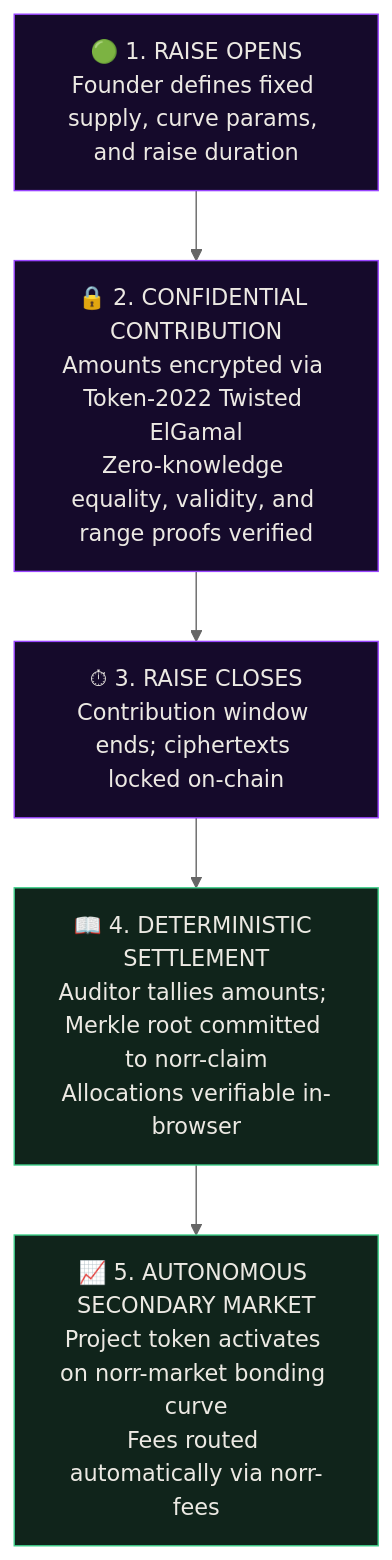
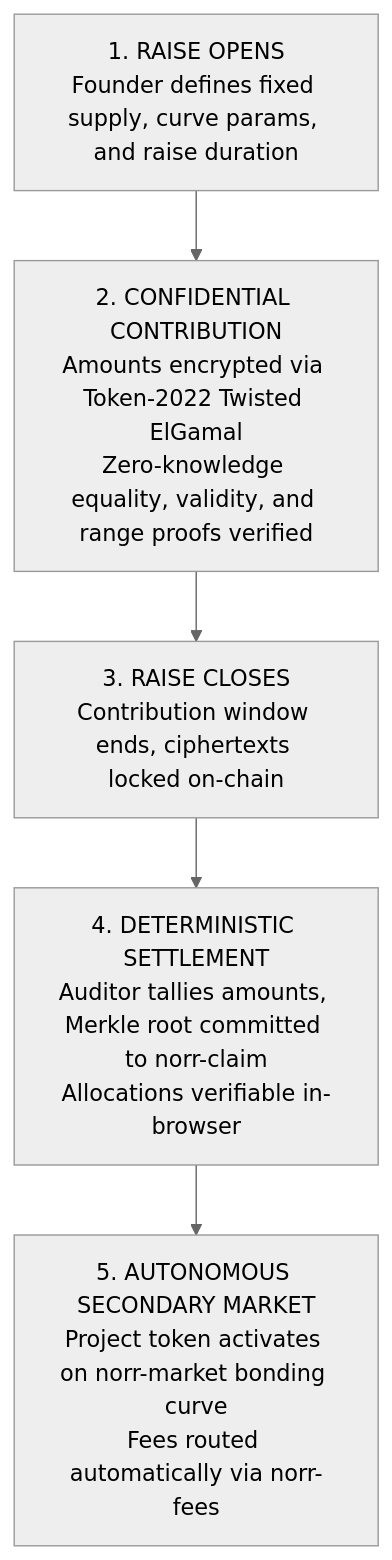
The first of 2 diagrams in README.md (ShrikarT/norr), drawn with Mermaid (neutral theme) before and after one commit. The commit also changed other lines of this file and 1 other file, not shown here.

Commit message:
fix(docs): fix Mermaid diagram syntax in README and architecture docs for GitHub rendering

````diff
--- a/README.md
+++ b/README.md
@@ -51,13 +51,7 @@
 ```mermaid
 flowchart TD
-    A["🟢 1. RAISE OPENS<br/>Founder defines fixed supply, curve params, and raise duration"] --> B["🔒 2. CONFIDENTIAL CONTRIBUTION<br/>Amounts encrypted via Token-2022 Twisted ElGamal<br/>Zero-knowledge equality, validity, and range proofs verified"]
-    B --> C["⏱ 3. RAISE CLOSES<br/>Contribution window ends; ciphertexts locked on-chain"]
-    C --> D["📖 4. DETERMINISTIC SETTLEMENT<br/>Auditor tallies amounts; Merkle root committed to norr-claim<br/>Allocations verifiable in-browser"]
-    D --> E["📈 5. AUTONOMOUS SECONDARY MARKET<br/>Project token activates on norr-market bonding curve<br/>Fees routed automatically via norr-fees"]
-
-    style A fill:#150a2b,stroke:#9945ff,color:#ece9e3
-    style B fill:#150a2b,stroke:#9945ff,color:#ece9e3
-    style C fill:#150a2b,stroke:#9945ff,color:#ece9e3
-    style D fill:#10241b,stroke:#3fcf8a,color:#ece9e3
-    style E fill:#10241b,stroke:#3fcf8a,color:#ece9e3
+    A["1. RAISE OPENS<br>Founder defines fixed supply, curve params, and raise duration"] --> B["2. CONFIDENTIAL CONTRIBUTION<br>Amounts encrypted via Token-2022 Twisted ElGamal<br>Zero-knowledge equality, validity, and range proofs verified"]
+    B --> C["3. RAISE CLOSES<br>Contribution window ends, ciphertexts locked on-chain"]
+    C --> D["4. DETERMINISTIC SETTLEMENT<br>Auditor tallies amounts, Merkle root committed to norr-claim<br>Allocations verifiable in-browser"]
+    D --> E["5. AUTONOMOUS SECONDARY MARKET<br>Project token activates on norr-market bonding curve<br>Fees routed automatically via norr-fees"]
 ```
````
